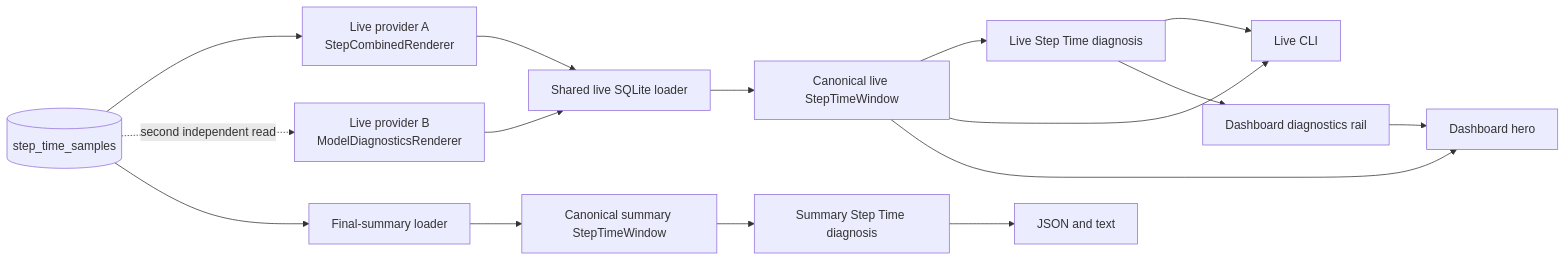
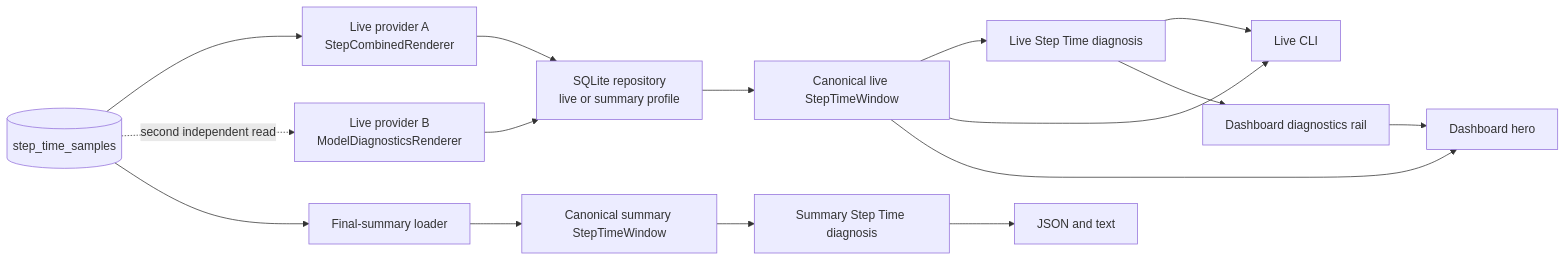
Before and after one commit to traceopt-ai/traceml: the diagram in docs/developer_guide/step-time-pipeline-contract.md, drawn with Mermaid. The commit also changed other lines of this file and 16 other files, not shown here.

````diff
--- a/docs/developer_guide/step-time-pipeline-contract.md
+++ b/docs/developer_guide/step-time-pipeline-contract.md
@@ -14,27 +14,27 @@
 ```mermaid
 flowchart LR
     DB[(step_time_samples)]
     A["Live provider A<br/>StepCombinedRenderer"]
     B["Live provider B<br/>ModelDiagnosticsRenderer"]
-    L["Shared live SQLite loader"]
+    L["SQLite repository<br/>live or summary profile"]
     W["Canonical live StepTimeWindow"]
     D["Live Step Time diagnosis"]
     CLI["Live CLI"]
     HERO["Dashboard hero"]
     RAIL["Dashboard diagnostics rail"]
     S["Final-summary loader"]
     SW["Canonical summary StepTimeWindow"]
     SD["Summary Step Time diagnosis"]
     OUT["JSON and text"]
 
     DB --> A --> L --> W
     DB -. "second independent read" .-> B
     B --> L
     W --> D
     W --> CLI
     W --> HERO
     D --> CLI
     D --> RAIL
     RAIL --> HERO
     DB --> S --> SW --> SD --> OUT
 ```
````
